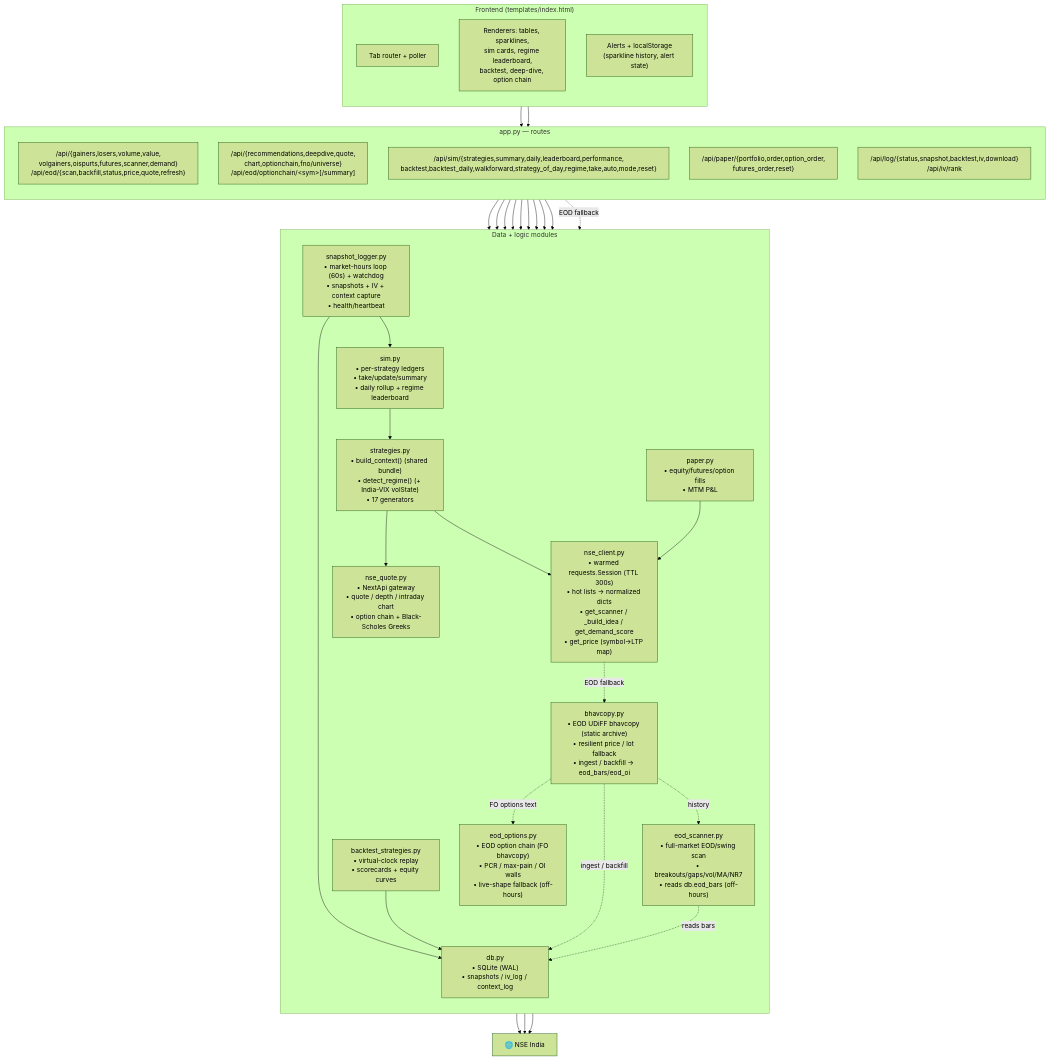
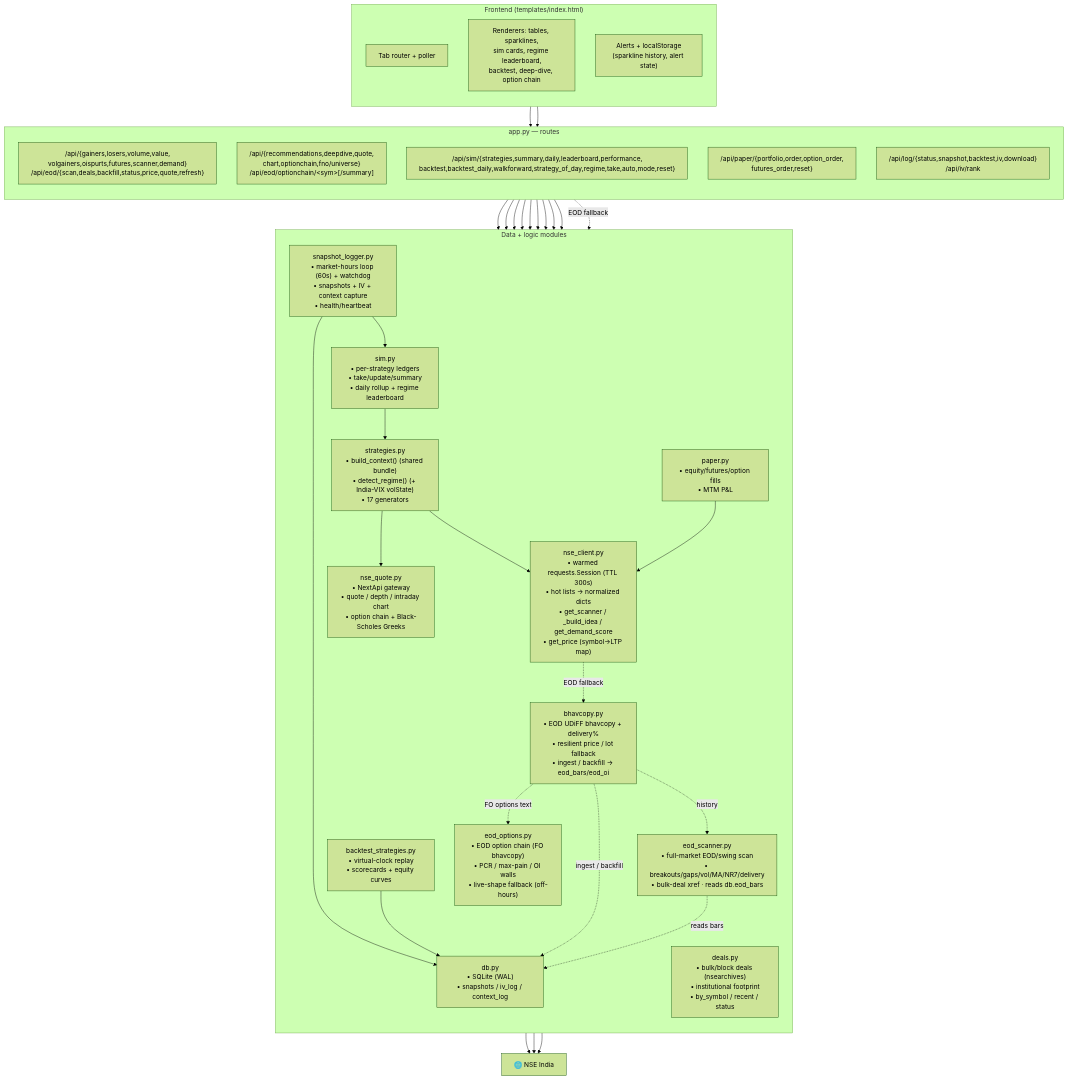
Before and after one commit to aakash-jain-1/nse-market-pulse: the third of 8 diagrams in README.md, drawn with Mermaid (forest theme). The commit also changed other lines of this file and 12 other files, not shown here.

````diff
--- a/README.md
+++ b/README.md
@@ -235,58 +235,59 @@
 ```mermaid
 flowchart TB
     subgraph FE["Frontend (templates/index.html)"]
         direction TB
         TABS["Tab router + poller"]
         REND["Renderers: tables, sparklines,<br/>sim cards, regime leaderboard,<br/>backtest, deep-dive, option chain"]
         ALERT["Alerts + localStorage<br/>(sparkline history, alert state)"]
     end
 
     subgraph API["app.py — routes"]
         direction TB
-        R1["/api/{gainers,losers,volume,value,<br/>volgainers,oispurts,futures,scanner,demand}<br/>/api/eod/{scan,backfill,status,price,quote,refresh}"]
+        R1["/api/{gainers,losers,volume,value,<br/>volgainers,oispurts,futures,scanner,demand}<br/>/api/eod/{scan,deals,backfill,status,price,quote,refresh}"]
         R2["/api/{recommendations,deepdive,quote,<br/>chart,optionchain,fno/universe}<br/>/api/eod/optionchain/&lt;sym&gt;[/summary]"]
         R3["/api/sim/{strategies,summary,daily,leaderboard,performance,<br/>backtest,backtest_daily,walkforward,strategy_of_day,regime,take,auto,mode,reset}"]
         R4["/api/paper/{portfolio,order,option_order,<br/>futures_order,reset}"]
         R5["/api/log/{status,snapshot,backtest,iv,download}<br/>/api/iv/rank"]
     end
 
     subgraph DATA["Data + logic modules"]
         direction TB
         NC["nse_client.py<br/>• warmed requests.Session (TTL 300s)<br/>• hot lists → normalized dicts<br/>• get_scanner / _build_idea / get_demand_score<br/>• get_price (symbol→LTP map)"]
         NQ["nse_quote.py<br/>• NextApi gateway<br/>• quote / depth / intraday chart<br/>• option chain + Black-Scholes Greeks"]
-        BC["bhavcopy.py<br/>• EOD UDiFF bhavcopy (static archive)<br/>• resilient price / lot fallback<br/>• ingest / backfill → eod_bars/eod_oi"]
-        ES["eod_scanner.py<br/>• full-market EOD/swing scan<br/>• breakouts/gaps/vol/MA/NR7<br/>• reads db.eod_bars (off-hours)"]
+        BC["bhavcopy.py<br/>• EOD UDiFF bhavcopy + delivery%<br/>• resilient price / lot fallback<br/>• ingest / backfill → eod_bars/eod_oi"]
+        DL["deals.py<br/>• bulk/block deals (nsearchives)<br/>• institutional footprint<br/>• by_symbol / recent / status"]
+        ES["eod_scanner.py<br/>• full-market EOD/swing scan<br/>• breakouts/gaps/vol/MA/NR7/delivery<br/>• bulk-deal xref · reads db.eod_bars"]
         EO["eod_options.py<br/>• EOD option chain (FO bhavcopy)<br/>• PCR / max-pain / OI walls<br/>• live-shape fallback (off-hours)"]
         ST["strategies.py<br/>• build_context() (shared bundle)<br/>• detect_regime() (+ India-VIX volState)<br/>• 17 generators"]
         SM["sim.py<br/>• per-strategy ledgers<br/>• take/update/summary<br/>• daily rollup + regime leaderboard"]
         BK["backtest_strategies.py<br/>• virtual-clock replay<br/>• scorecards + equity curves"]
         PP["paper.py<br/>• equity/futures/option fills<br/>• MTM P&L"]
         SL["snapshot_logger.py<br/>• market-hours loop (60s) + watchdog<br/>• snapshots + IV + context capture<br/>• health/heartbeat"]
         DBM["db.py<br/>• SQLite (WAL)<br/>• snapshots / iv_log / context_log"]
     end
 
     NSEAPI["🌐 NSE India"]
 
     TABS --> API
     REND --> API
     R1 --> NC
     R2 --> NC & NQ
     R3 --> SM & BK & ST
     R4 --> PP
     R5 --> SL
     NC --> NSEAPI
     NQ --> NSEAPI
     ST --> NC & NQ
     SM --> ST
     SL --> SM & DBM
     BK --> DBM
     PP --> NC
     NC -.EOD fallback.-> BC
     BC --> NSEAPI
     BC -.ingest / backfill.-> DBM
     R1 --> ES
     ES -.reads bars.-> DBM
     BC -.history.-> ES
     R2 -.EOD fallback.-> EO
     BC -.FO options text.-> EO
 ```
````
